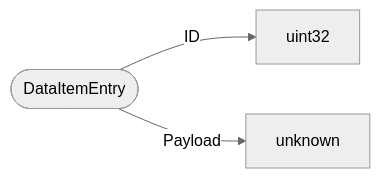
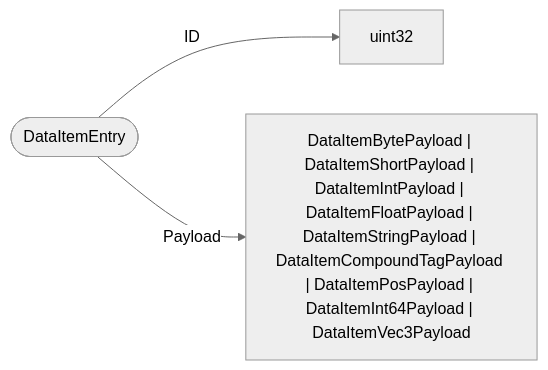
One commit to bedrock-v/protocol-docs changed the diagram in schemas/types/DataItemEntry.md. Above: the diagram before and after it, drawn with Mermaid (neutral theme). The commit also changed 114 other files, not shown here.

````diff
--- a/schemas/types/DataItemEntry.md
+++ b/schemas/types/DataItemEntry.md
@@ -5,6 +5,6 @@
 ```mermaid
 flowchart LR
   ROOT(["DataItemEntry"])
   ROOT -->|"ID"| uint32["uint32"]
-  ROOT -->|"Payload"| unknown["unknown"]
+  ROOT -->|"Payload"| DataItemBytePayload___DataItemShortPayload___DataItemIntPayload___DataItemFloatPayload___DataItemStringPayload___DataItemCompoundTagPayload___DataItemPosPayload___DataItemInt64Payload___DataItemVec3Payload["DataItemBytePayload | DataItemShortPayload | DataItemIntPayload | DataItemFloatPayload | DataItemStringPayload | DataItemCompoundTagPayload | DataItemPosPayload | DataItemInt64Payload | DataItemVec3Payload"]
 ```
````
